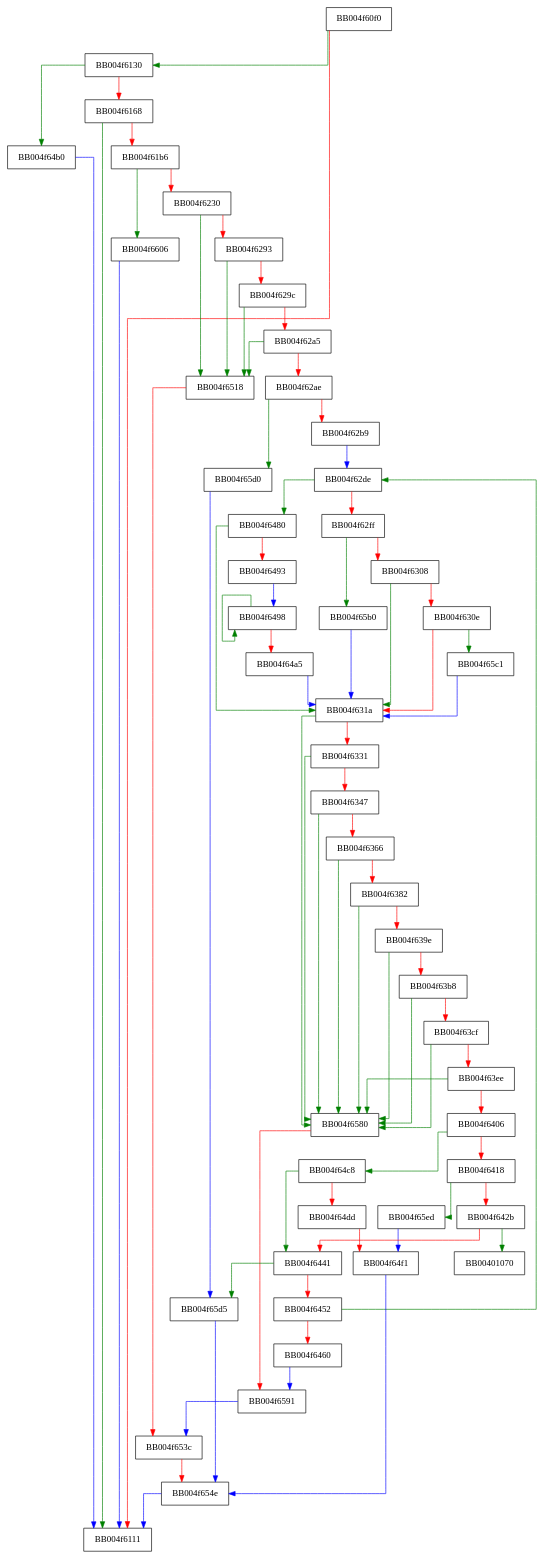
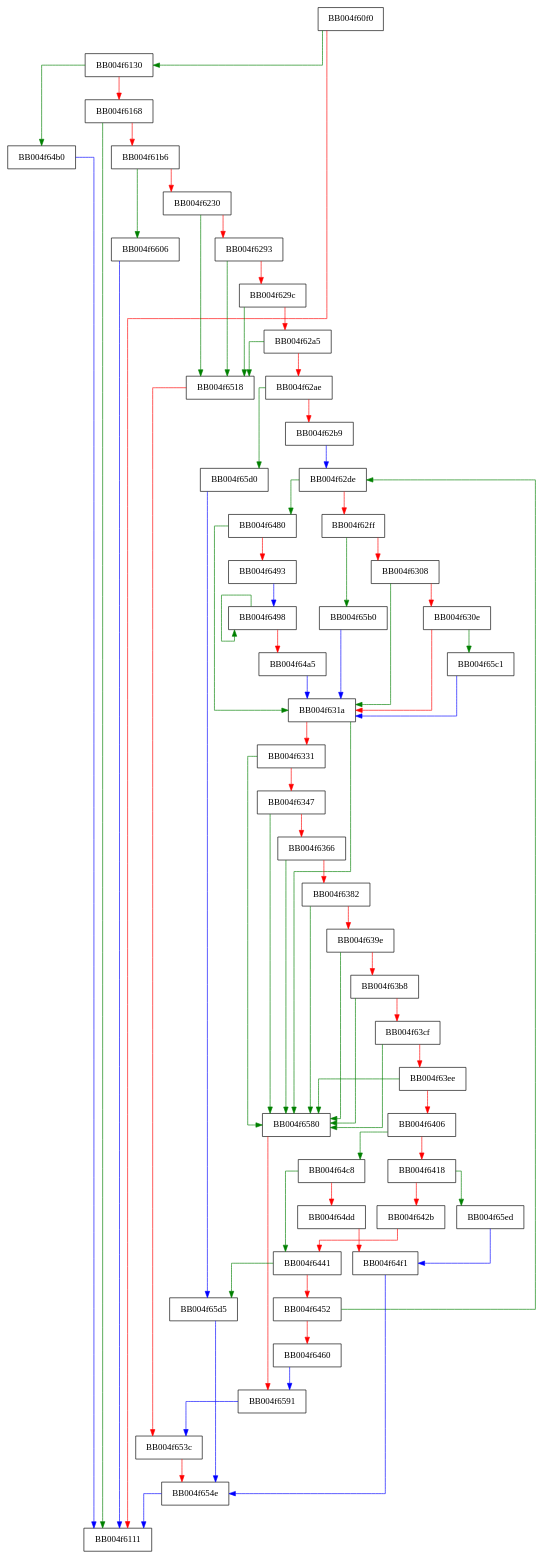
The diagram in openssl-static-gcc-dwarf/004f60f0.dot (v-p-b/ghidra-function-graph-datasets), drawn with Graphviz before and after one commit. The commit also changed 16867 other files, not shown here.

```diff
--- a/openssl-static-gcc-dwarf/004f60f0.dot
+++ b/openssl-static-gcc-dwarf/004f60f0.dot
@@ -1,82 +1,81 @@
 digraph ssl3_setup_key_block {
   node [shape="box"];
   graph [splines=ortho];
   BB004f60f0 -> BB004f6130 [color="green"];
   BB004f60f0 -> BB004f6111 [color="red"];
   BB004f6130 -> BB004f64b0 [color="green"];
   BB004f6130 -> BB004f6168 [color="red"];
   BB004f6168 -> BB004f6111 [color="green"];
   BB004f6168 -> BB004f61b6 [color="red"];
   BB004f61b6 -> BB004f6606 [color="green"];
   BB004f61b6 -> BB004f6230 [color="red"];
   BB004f6230 -> BB004f6518 [color="green"];
   BB004f6230 -> BB004f6293 [color="red"];
   BB004f6293 -> BB004f6518 [color="green"];
   BB004f6293 -> BB004f629c [color="red"];
   BB004f629c -> BB004f6518 [color="green"];
   BB004f629c -> BB004f62a5 [color="red"];
   BB004f62a5 -> BB004f6518 [color="green"];
   BB004f62a5 -> BB004f62ae [color="red"];
   BB004f62ae -> BB004f65d0 [color="green"];
   BB004f62ae -> BB004f62b9 [color="red"];
   BB004f62b9 -> BB004f62de [color="blue"];
   BB004f62de -> BB004f6480 [color="green"];
   BB004f62de -> BB004f62ff [color="red"];
   BB004f62ff -> BB004f65b0 [color="green"];
   BB004f62ff -> BB004f6308 [color="red"];
   BB004f6308 -> BB004f631a [color="green"];
   BB004f6308 -> BB004f630e [color="red"];
   BB004f630e -> BB004f65c1 [color="green"];
   BB004f630e -> BB004f631a [color="red"];
   BB004f631a -> BB004f6580 [color="green"];
   BB004f631a -> BB004f6331 [color="red"];
   BB004f6331 -> BB004f6580 [color="green"];
   BB004f6331 -> BB004f6347 [color="red"];
   BB004f6347 -> BB004f6580 [color="green"];
   BB004f6347 -> BB004f6366 [color="red"];
   BB004f6366 -> BB004f6580 [color="green"];
   BB004f6366 -> BB004f6382 [color="red"];
   BB004f6382 -> BB004f6580 [color="green"];
   BB004f6382 -> BB004f639e [color="red"];
   BB004f639e -> BB004f6580 [color="green"];
   BB004f639e -> BB004f63b8 [color="red"];
   BB004f63b8 -> BB004f6580 [color="green"];
   BB004f63b8 -> BB004f63cf [color="red"];
   BB004f63cf -> BB004f6580 [color="green"];
   BB004f63cf -> BB004f63ee [color="red"];
   BB004f63ee -> BB004f6580 [color="green"];
   BB004f63ee -> BB004f6406 [color="red"];
   BB004f6406 -> BB004f64c8 [color="green"];
   BB004f6406 -> BB004f6418 [color="red"];
   BB004f6418 -> BB004f65ed [color="green"];
   BB004f6418 -> BB004f642b [color="red"];
-  BB004f642b -> BB00401070 [color="green"];
   BB004f642b -> BB004f6441 [color="red"];
   BB004f6441 -> BB004f65d5 [color="green"];
   BB004f6441 -> BB004f6452 [color="red"];
   BB004f6452 -> BB004f62de [color="green"];
   BB004f6452 -> BB004f6460 [color="red"];
   BB004f6460 -> BB004f6591 [color="blue"];
   BB004f6480 -> BB004f631a [color="green"];
   BB004f6480 -> BB004f6493 [color="red"];
   BB004f6493 -> BB004f6498 [color="blue"];
   BB004f6498 -> BB004f6498 [color="green"];
   BB004f6498 -> BB004f64a5 [color="red"];
   BB004f64a5 -> BB004f631a [color="blue"];
   BB004f64b0 -> BB004f6111 [color="blue"];
   BB004f64c8 -> BB004f6441 [color="green"];
   BB004f64c8 -> BB004f64dd [color="red"];
   BB004f64dd -> BB004f64f1 [color="red"];
   BB004f64f1 -> BB004f654e [color="blue"];
   BB004f6518 -> BB004f653c [color="red"];
   BB004f653c -> BB004f654e [color="red"];
   BB004f654e -> BB004f6111 [color="blue"];
   BB004f6580 -> BB004f6591 [color="red"];
   BB004f6591 -> BB004f653c [color="blue"];
   BB004f65b0 -> BB004f631a [color="blue"];
   BB004f65c1 -> BB004f631a [color="blue"];
   BB004f65d0 -> BB004f65d5 [color="blue"];
   BB004f65d5 -> BB004f654e [color="blue"];
   BB004f65ed -> BB004f64f1 [color="blue"];
   BB004f6606 -> BB004f6111 [color="blue"];
 }
```
